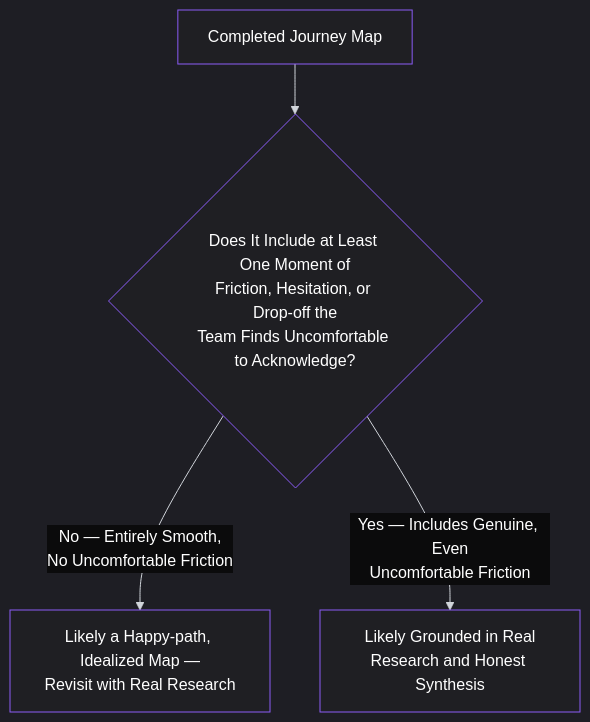
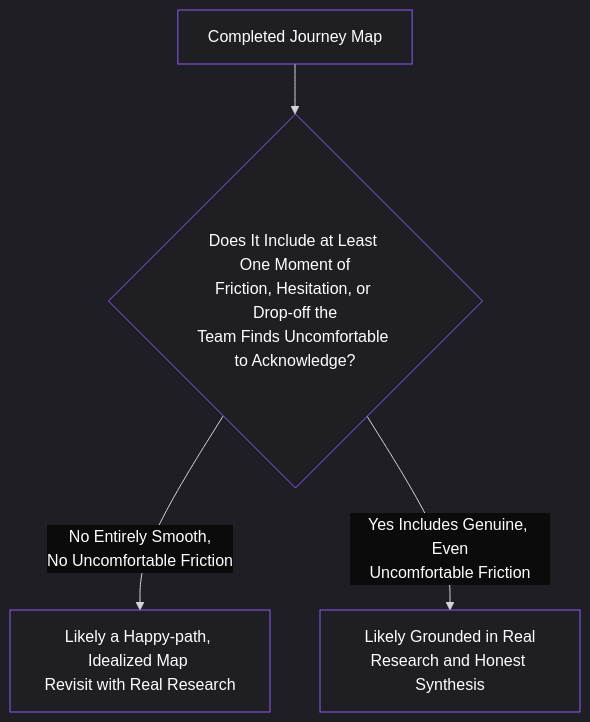
Before and after one commit to pmacademy-app/web: the third of 3 diagrams in content/lessons/lesson-015.md, drawn with Mermaid. The commit also changed other lines of this file and 90 other files, not shown here.

````diff
--- a/content/lessons/lesson-015.md
+++ b/content/lessons/lesson-015.md
@@ -192,36 +192,36 @@
 ```mermaid
 %%{init: {
   "theme": "dark",
   "themeVariables": {
     "background": "#0b0b0c",
     "primaryColor": "#1f1f23",
     "primaryTextColor": "#ffffff",
     "primaryBorderColor": "#8b5cf6",
     "lineColor": "#d1d5db",
     "secondaryColor": "#18181b",
     "tertiaryColor": "#111111",
     "mainBkg": "#1f1f23",
     "nodeBorder": "#8b5cf6",
     "clusterBkg": "#000000",
     "clusterBorder": "#27272a",
     "titleColor": "#ffffff",
     "edgeLabelBackground": "#0b0b0c",
     "nodeTextColor": "#ffffff",
     "edgeLabelColor": "#ffffff",
     "actorBorder": "#8b5cf6",
     "actorBkg": "#1f1f23",
     "actorTextColor": "#ffffff",
     "sequenceNumberColor": "#ffffff",
     "signalColor": "#8b5cf6",
     "signalTextColor": "#ffffff",
     "textColor": "#ffffff",
     "classText": "#ffffff",
     "classBorder": "#8b5cf6",
     "classBkg": "#1f1f23"
   }
 }}%%
 graph TD
     A[Completed Journey Map] --> B{Does It Include at Least One Moment of<br/>Friction, Hesitation, or Drop-off the<br/>Team Finds Uncomfortable to Acknowledge?}
-    B -->|No — Entirely Smooth,<br/>No Uncomfortable Friction| C[Likely a Happy-path, Idealized Map —<br/>Revisit with Real Research]
-    B -->|Yes — Includes Genuine, Even<br/>Uncomfortable Friction| D[Likely Grounded in Real<br/>Research and Honest Synthesis]
+    B -->|No Entirely Smooth,<br/>No Uncomfortable Friction| C[Likely a Happy-path, Idealized Map <br/>Revisit with Real Research]
+    B -->|Yes Includes Genuine, Even<br/>Uncomfortable Friction| D[Likely Grounded in Real<br/>Research and Honest Synthesis]
 ```
````
